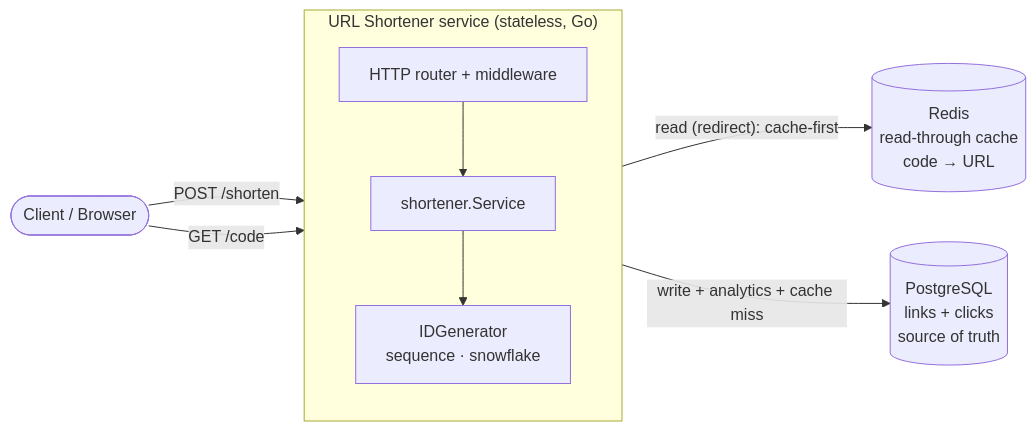
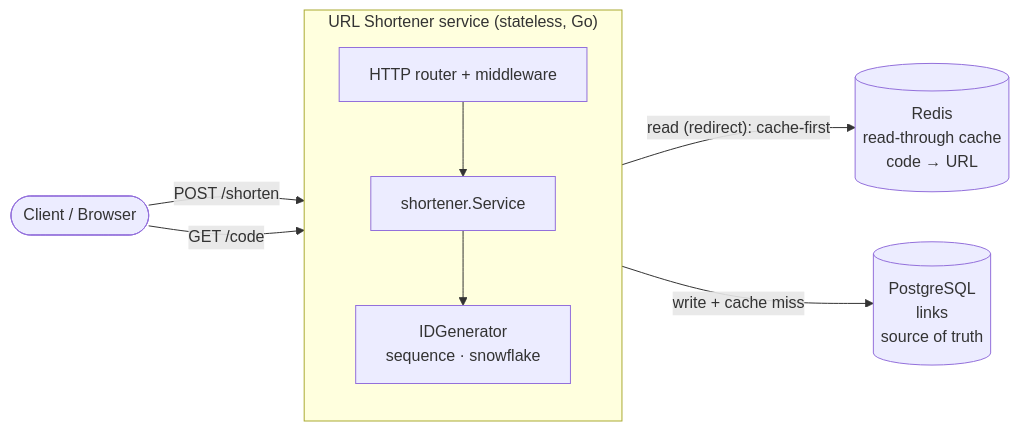
Before and after one commit to Architkumar13/Paytm_url_shortner: the first of 3 diagrams in README.md, drawn with Mermaid. The commit also changed other lines of this file and 11 other files, not shown here.

````diff
--- a/README.md
+++ b/README.md
@@ -18,21 +17,21 @@
 ```mermaid
 flowchart LR
     Client([Client / Browser])
 
     subgraph App["URL Shortener service (stateless, Go)"]
         direction TB
         HTTP["HTTP router + middleware"]
         SVC["shortener.Service"]
         IDG["IDGenerator<br/>sequence · snowflake"]
         HTTP --> SVC
         SVC --> IDG
     end
 
     Redis[("Redis<br/>read-through cache<br/>code → URL")]
-    PG[("PostgreSQL<br/>links + clicks<br/>source of truth")]
+    PG[("PostgreSQL<br/>links<br/>source of truth")]
 
     Client -->|POST /shorten| HTTP
     Client -->|GET /code| HTTP
     SVC -->|"read (redirect): cache-first"| Redis
-    SVC -->|"write + analytics + cache miss"| PG
+    SVC -->|"write + cache miss"| PG
 ```
````
